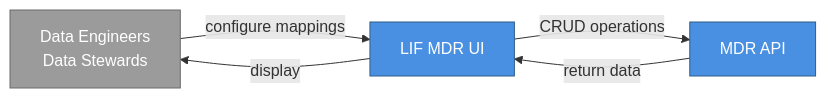
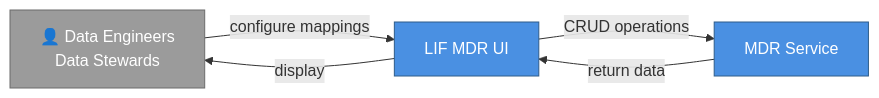
Before and after one commit to LIF-Initiative/lif-core: the sixth of 16 diagrams in docs/lif_services_overview.md, drawn with Mermaid. The commit also changed other lines of this file, not shown here.

Commit message:
docs: Update MDR UI diagram

````diff
--- a/docs/lif_services_overview.md
+++ b/docs/lif_services_overview.md
@@ -253,17 +253,17 @@
 ```mermaid
 graph LR
-    Users[Data Engineers<br/>Data Stewards]
+    Users[👤 Data Engineers<br/>Data Stewards]
     MDRUI[LIF MDR UI]
-    MDR[MDR API]
+    MDR[MDR Service]
     
     Users -->|configure mappings| MDRUI
     MDRUI -->|CRUD operations| MDR
     MDR -->|return data| MDRUI
     MDRUI -->|display| Users
     
     classDef coreStyle fill:#4A90E2,stroke:#2E5C8A,color:#fff
     classDef extStyle fill:#9B9B9B,stroke:#6B6B6B,color:#fff
     
     class MDRUI,MDR coreStyle
     class Users extStyle
 ```
````
